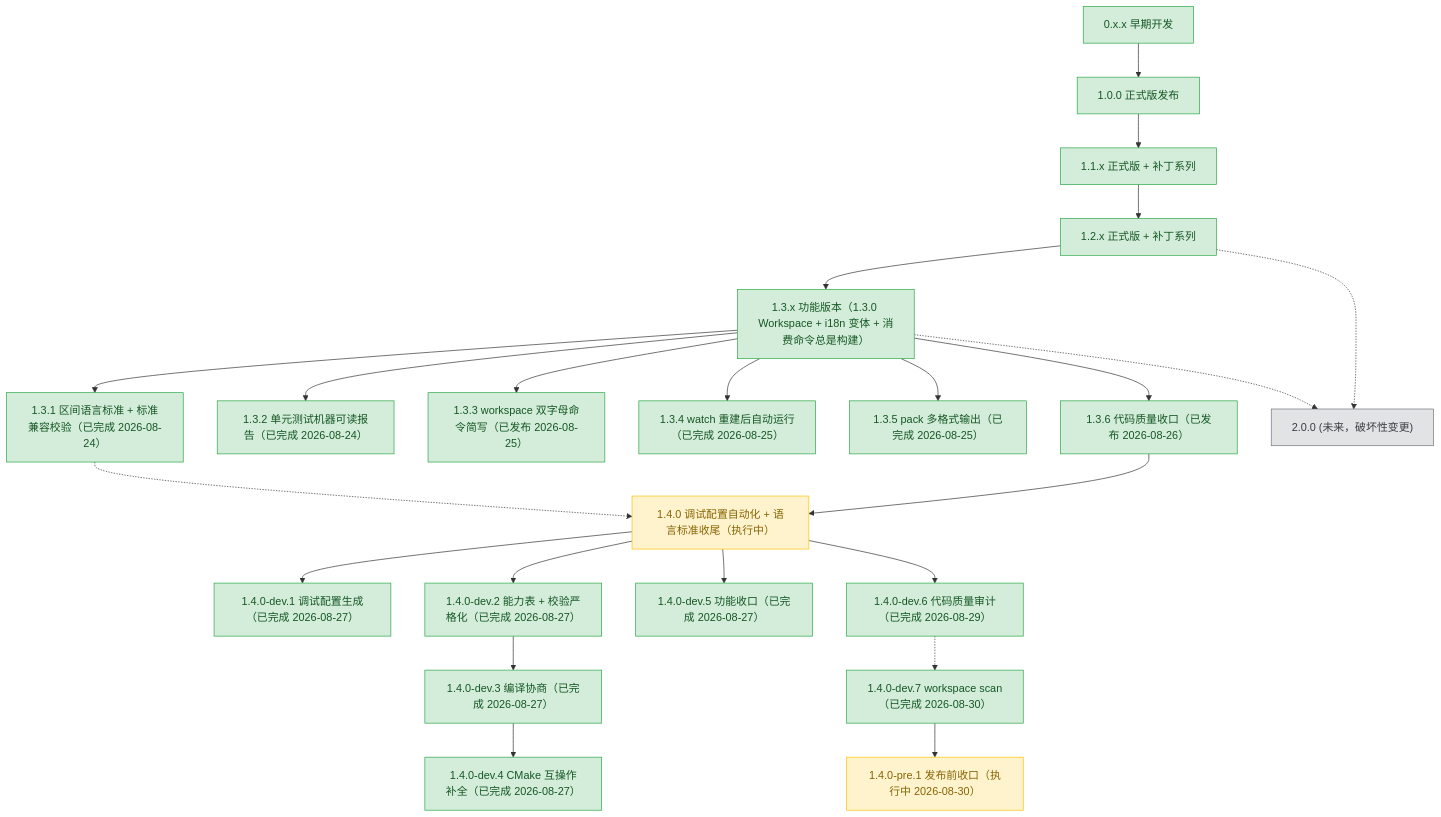
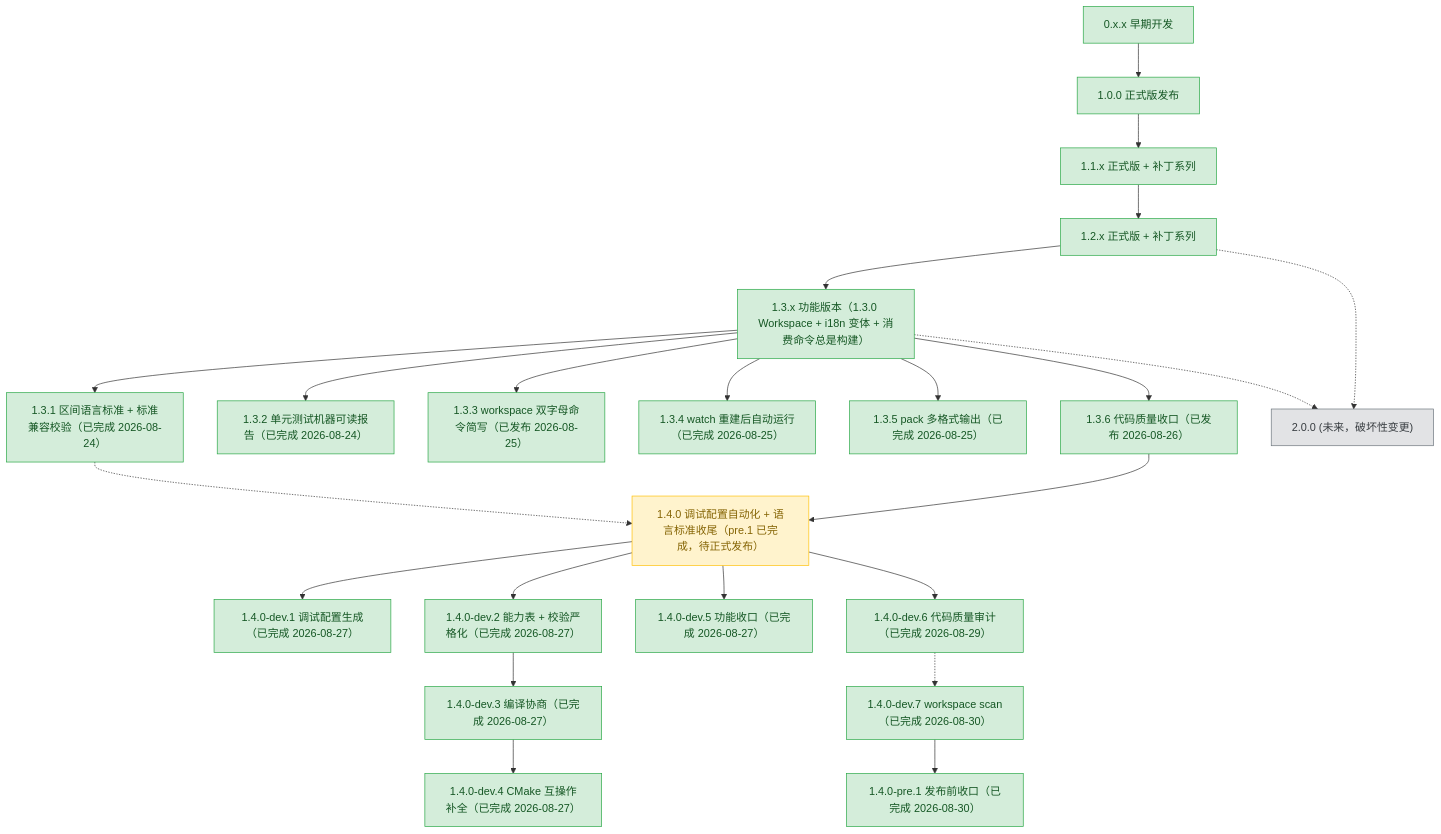
One commit to 3667808244/EazyMake changed the diagram in plans/README.md. Above: the diagram before and after it, drawn with Mermaid. The commit also changed other lines of this file and 3 other files, not shown here.

````diff
--- a/plans/README.md
+++ b/plans/README.md
@@ -72,72 +72,72 @@
 ```mermaid
 graph TD
     v0xx["0.x.x 早期开发"]
     v100["1.0.0 正式版发布"]
     v11x["1.1.x 正式版 + 补丁系列"]
     v12x["1.2.x 正式版 + 补丁系列"]
     v13x["1.3.x 功能版本（1.3.0 Workspace + i18n 变体 + 消费命令总是构建）"]
     v131["1.3.1 区间语言标准 + 标准兼容校验（已完成 2026-08-24）"]
     v132["1.3.2 单元测试机器可读报告（已完成 2026-08-24）"]
     v133["1.3.3 workspace 双字母命令简写（已发布 2026-08-25）"]
     v134["1.3.4 watch 重建后自动运行（已完成 2026-08-25）"]
     v135["1.3.5 pack 多格式输出（已完成 2026-08-25）"]
     v136["1.3.6 代码质量收口（已发布 2026-08-26）"]
-    v140["1.4.0 调试配置自动化 + 语言标准收尾（执行中）"]
+    v140["1.4.0 调试配置自动化 + 语言标准收尾（pre.1 已完成，待正式发布）"]
     v141["1.4.0-dev.1 调试配置生成（已完成 2026-08-27）"]
     v142["1.4.0-dev.2 能力表 + 校验严格化（已完成 2026-08-27）"]
     v143["1.4.0-dev.3 编译协商（已完成 2026-08-27）"]
     v144["1.4.0-dev.4 CMake 互操作补全（已完成 2026-08-27）"]
     v145["1.4.0-dev.5 功能收口（已完成 2026-08-27）"]
     v146["1.4.0-dev.6 代码质量审计（已完成 2026-08-29）"]
     v147["1.4.0-dev.7 workspace scan（已完成 2026-08-30）"]
-    v148["1.4.0-pre.1 发布前收口（执行中 2026-08-30）"]
+    v148["1.4.0-pre.1 发布前收口（已完成 2026-08-30）"]
     v200["2.0.0 (未来，破坏性变更)"]
 
     v0xx --> v100
     v100 --> v11x
     v11x --> v12x
     v12x --> v13x
     v13x --> v131
     v13x --> v132
     v13x --> v133
     v13x --> v134
     v13x --> v135
     v13x --> v136
     v136 --> v140
     v140 --> v141
     v140 --> v142
     v142 --> v143
     v143 --> v144
     v140 --> v145
     v140 --> v146
     v146 -.-> v147
     v147 --> v148
     v131 -.-> v140
     v12x -.-> v200
     v13x -.-> v200
 
     classDef done fill:#d4edda,stroke:#28a745,color:#155724;
     classDef active fill:#fff3cd,stroke:#ffc107,color:#856404;
     classDef todo fill:#e2e3e5,stroke:#6c757d,color:#383d41;
 
     class v0xx,v100 done;
     class v11x done;
     class v12x done;
     class v13x done;
     class v131 done;
     class v132 done;
     class v133 done;
     class v134 done;
     class v135 done;
     class v136 done;
     class v140 active;
     class v141 done;
     class v142 done;
     class v143 done;
     class v144 done;
     class v145 done;
     class v146 done;
     class v147 done;
-    class v148 active;
+    class v148 done;
     class v200 todo;
 ```
````
